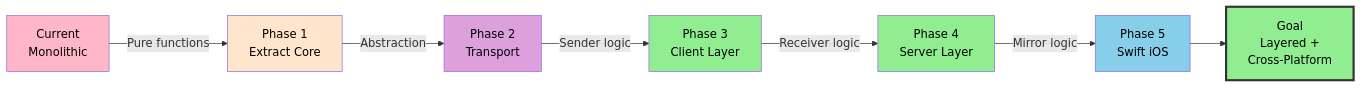
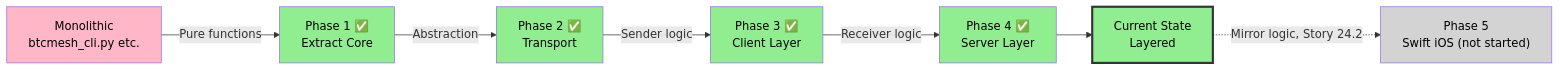
The fifth of 5 diagrams in project/architecture.md (steefst33f/btcmesh), drawn with Mermaid before and after one commit. The commit also changed other lines of this file and 3 other files, not shown here.

````diff
--- a/project/architecture.md
+++ b/project/architecture.md
@@ -823,25 +598,25 @@
 ```mermaid
 graph LR
-    START["Current<br/>Monolithic"]
-    P1["Phase 1<br/>Extract Core"]
-    P2["Phase 2<br/>Transport"]
-    P3["Phase 3<br/>Client Layer"]
-    P4["Phase 4<br/>Server Layer"]
-    P5["Phase 5<br/>Swift iOS"]
-    GOAL["Goal<br/>Layered +<br/>Cross-Platform"]
+    START["Monolithic<br/>btcmesh_cli.py etc."]
+    P1["Phase 1 ✅<br/>Extract Core"]
+    P2["Phase 2 ✅<br/>Transport"]
+    P3["Phase 3 ✅<br/>Client Layer"]
+    P4["Phase 4 ✅<br/>Server Layer"]
+    P5["Phase 5<br/>Swift iOS (not started)"]
+    GOAL["Current State<br/>Layered"]
 
     START -->|Pure functions| P1
     P1 -->|Abstraction| P2
     P2 -->|Sender logic| P3
     P3 -->|Receiver logic| P4
-    P4 -->|Mirror logic| P5
-    P5 --> GOAL
+    P4 --> GOAL
+    GOAL -.->|Mirror logic, Story 24.2| P5
 
     style START fill:#FFB6C6,color:#000
-    style P1 fill:#FFE5CC,color:#000
-    style P2 fill:#DDA0DD,color:#000
+    style P1 fill:#90EE90,color:#000
+    style P2 fill:#90EE90,color:#000
     style P3 fill:#90EE90,color:#000
     style P4 fill:#90EE90,color:#000
-    style P5 fill:#87CEEB,color:#000
+    style P5 fill:#D3D3D3,color:#000
     style GOAL fill:#90EE90,color:#000,stroke:#333,stroke-width:3px
 ```
````
